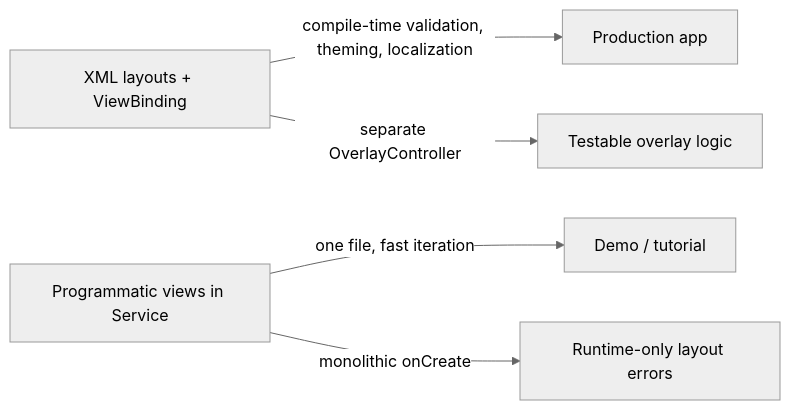
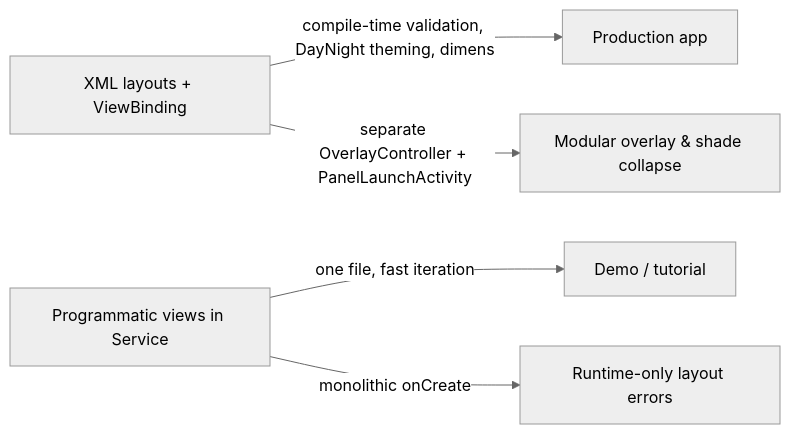
Before and after one commit to Mostakim2005/volume-manager: the second of 2 diagrams in docs/ARCHITECTURE.md, drawn with Mermaid (neutral theme). The commit also changed other lines of this file and 35 other files, not shown here.

````diff
--- a/docs/ARCHITECTURE.md
+++ b/docs/ARCHITECTURE.md
@@ -54,7 +61,7 @@
 ```mermaid
 flowchart LR
-    A[XML layouts + ViewBinding] -->|compile-time validation, theming, localization| P[Production app]
+    A[XML layouts + ViewBinding] -->|compile-time validation, DayNight theming, dimens| P[Production app]
     B[Programmatic views in Service] -->|one file, fast iteration| D[Demo / tutorial]
-    A -->|separate OverlayController| T[Testable overlay logic]
+    A -->|separate OverlayController + PanelLaunchActivity| T[Modular overlay & shade collapse]
     B -->|monolithic onCreate| R[Runtime-only layout errors]
 ```
````
